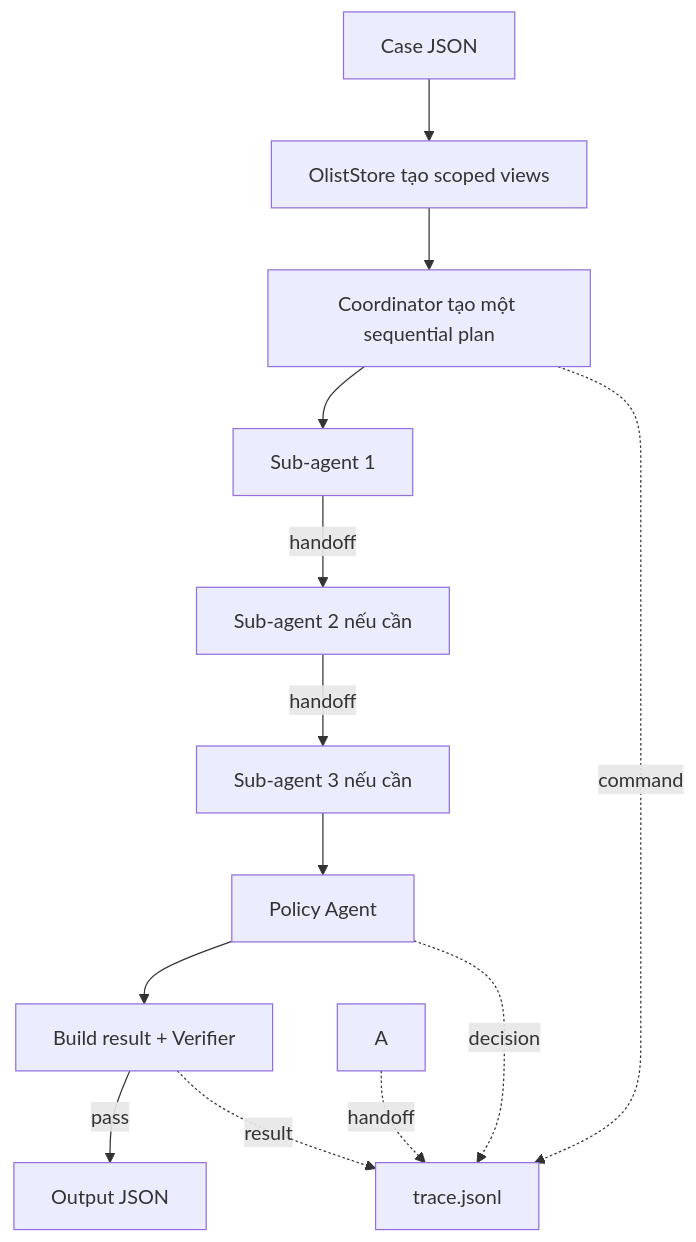
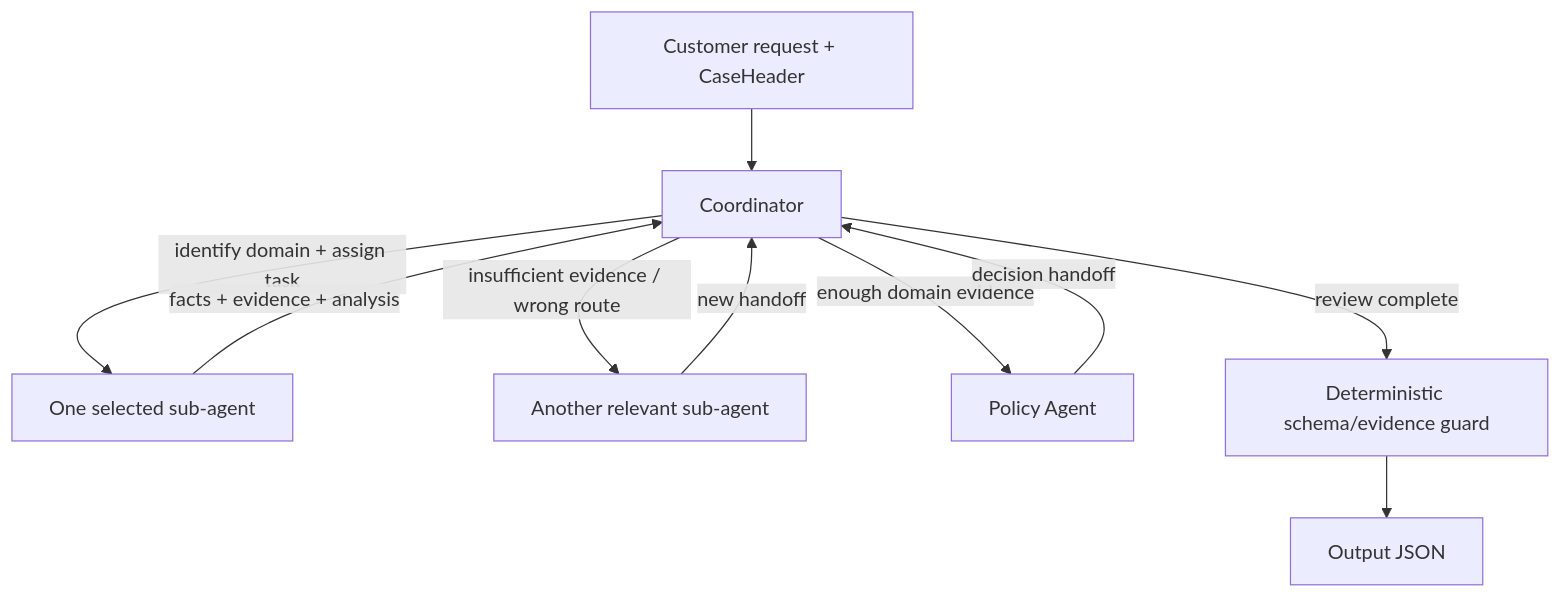
One commit to lbngyn/K3-Day9-Multi-Agent-A2A changed the diagram in architecture.md. Above: the diagram before and after it, drawn with Mermaid. The commit also changed other lines of this file and 11 other files, not shown here.

````diff
--- a/architecture.md
+++ b/architecture.md
@@ -7,15 +7,12 @@
 ```mermaid
 flowchart TD
-    I[Case JSON] --> S[OlistStore tạo scoped views]
-    S --> C[Coordinator tạo một sequential plan]
-    C --> A1[Sub-agent 1]
-    A1 -->|handoff| A2[Sub-agent 2 nếu cần]
-    A2 -->|handoff| A3[Sub-agent 3 nếu cần]
-    A3 --> P[Policy Agent]
-    P --> V[Build result + Verifier]
-    V -->|pass| F[Output JSON]
-    C -. command .-> T[trace.jsonl]
-    A -. handoff .-> T
-    P -. decision .-> T
-    V -. result .-> T
+    I[Customer request + CaseHeader] --> C[Coordinator]
+    C -->|identify domain + assign task| A[One selected sub-agent]
+    A -->|facts + evidence + analysis| C
+    C -->|insufficient evidence / wrong route| B[Another relevant sub-agent]
+    B -->|new handoff| C
+    C -->|enough domain evidence| P[Policy Agent]
+    P -->|decision handoff| C
+    C -->|review complete| G[Deterministic schema/evidence guard]
+    G --> O[Output JSON]
 ```
````
